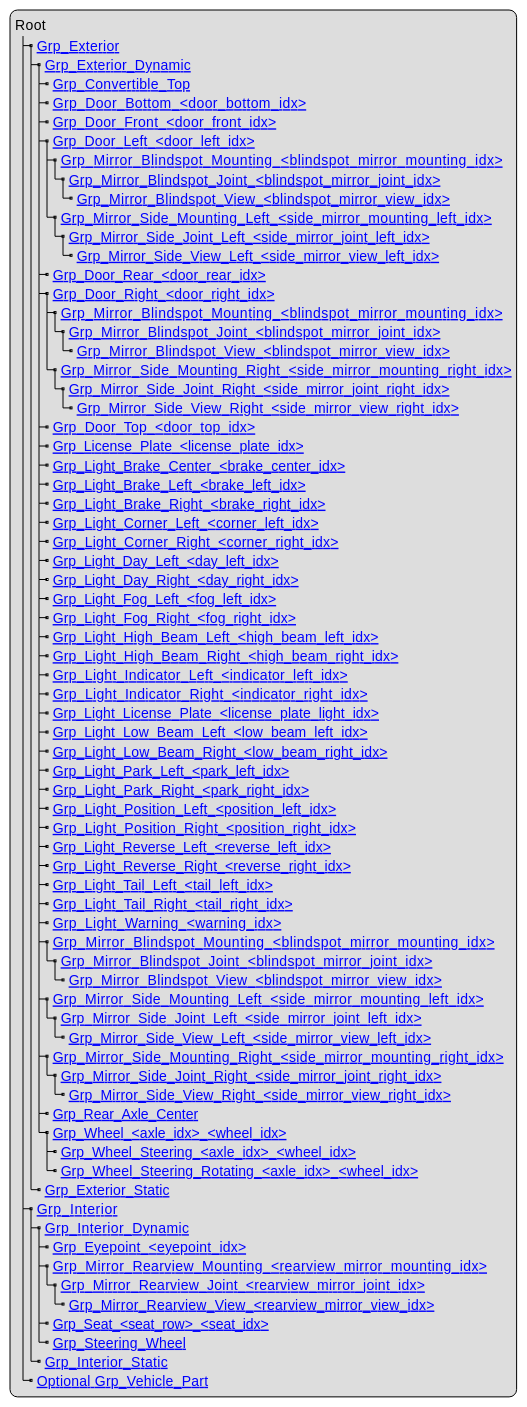
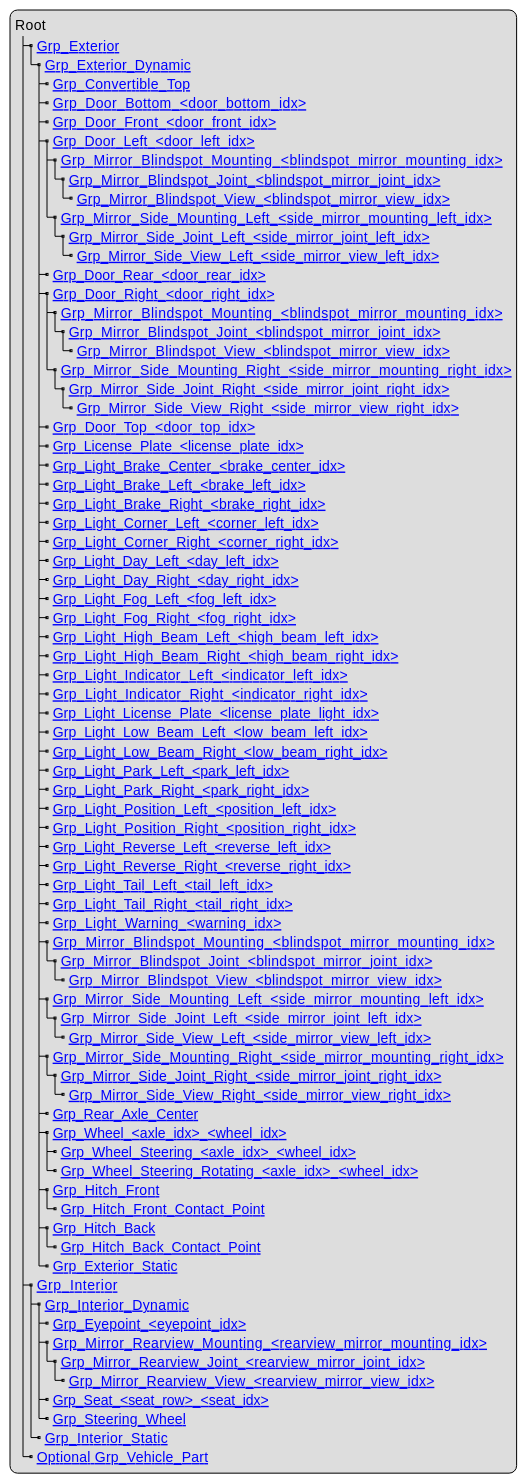
Before and after one commit to asam-ev/OpenMATERIAL: the diagram in content/geometry/object-vehicle/vehicle-structure.adoc, drawn with PlantUML. The commit also changed other lines of this file, not shown here.

```diff
--- a/content/geometry/object-vehicle/vehicle-structure.adoc
+++ b/content/geometry/object-vehicle/vehicle-structure.adoc
@@ -9,77 +9,81 @@
 [plantuml]
 ----
 legend
 Root
 |_ [[../geometry/object-classes.html#_grp_exterior Grp_Exterior]]
   |_ [[../geometry/object-classes.html#_grp_exterior_dynamic Grp_Exterior_Dynamic]]
     |_ [[../geometry/object-classes.html#_grp_convertible_top Grp_Convertible_Top]]
     |_ [[../geometry/object-classes.html#_grp_door_bottom_door_bottom_idx Grp_Door_Bottom_<door_bottom_idx>]]
     |_ [[../geometry/object-classes.html#_grp_door_front_door_front_idx Grp_Door_Front_<door_front_idx>]]
     |_ [[../geometry/object-classes.html#_grp_door_left_door_left_idx Grp_Door_Left_<door_left_idx>]]
       |_ [[../geometry/object-classes.html#_grp_mirror_blindspot_mounting_blindspot_mirror_mounting_idx Grp_Mirror_Blindspot_Mounting_<blindspot_mirror_mounting_idx>]]
         |_ [[../geometry/object-classes.html#_grp_mirror_blindspot_joint_blindspot_mirror_joint_idx Grp_Mirror_Blindspot_Joint_<blindspot_mirror_joint_idx>]]
           |_ [[../geometry/object-classes.html#_grp_mirror_blindspot_view_blindspot_mirror_view_idx Grp_Mirror_Blindspot_View_<blindspot_mirror_view_idx>]]
       |_ [[../geometry/object-classes.html#_grp_mirror_side_mounting_left_side_mirror_mounting_left_idx Grp_Mirror_Side_Mounting_Left_<side_mirror_mounting_left_idx>]]
         |_ [[../geometry/object-classes.html#_grp_mirror_side_joint_left_side_mirror_joint_left_idx Grp_Mirror_Side_Joint_Left_<side_mirror_joint_left_idx> ]]
           |_ [[../geometry/object-classes.html#_grp_mirror_side_view_left_side_mirror_view_left_idx Grp_Mirror_Side_View_Left_<side_mirror_view_left_idx> ]]
     |_ [[../geometry/object-classes.html#_grp_door_rear_door_rear_idx Grp_Door_Rear_<door_rear_idx>]]
     |_ [[../geometry/object-classes.html#_grp_door_right_door_right_idx Grp_Door_Right_<door_right_idx>]]
       |_ [[../geometry/object-classes.html#_grp_mirror_blindspot_mounting_blindspot_mirror_mounting_idx Grp_Mirror_Blindspot_Mounting_<blindspot_mirror_mounting_idx>]]
         |_ [[../geometry/object-classes.html#_grp_mirror_blindspot_joint_blindspot_mirror_joint_idx Grp_Mirror_Blindspot_Joint_<blindspot_mirror_joint_idx>]]
           |_ [[../geometry/object-classes.html#_grp_mirror_blindspot_view_blindspot_mirror_view_idx Grp_Mirror_Blindspot_View_<blindspot_mirror_view_idx>]]
       |_ [[../geometry/object-classes.html#_grp_mirror_side_mounting_right_side_mirror_mounting_right_idx Grp_Mirror_Side_Mounting_Right_<side_mirror_mounting_right_idx>]]
         |_ [[../geometry/object-classes.html#_grp_mirror_side_joint_right_side_mirror_joint_right_idx Grp_Mirror_Side_Joint_Right_<side_mirror_joint_right_idx> ]]
           |_ [[../geometry/object-classes.html#_grp_mirror_side_view_right_side_mirror_view_right_idx Grp_Mirror_Side_View_Right_<side_mirror_view_right_idx> ]]
     |_ [[../geometry/object-classes.html#_grp_door_top_door_top_idx Grp_Door_Top_<door_top_idx>]]
     |_ [[../geometry/object-classes.html#_grp_license_plate_license_plate_idx Grp_License_Plate_<license_plate_idx>]]
     |_ [[../geometry/object-classes.html#_grp_light_brake_center_brake_center_idx Grp_Light_Brake_Center_<brake_center_idx>]]
     |_ [[../geometry/object-classes.html#_grp_light_brake_left_brake_left_idx Grp_Light_Brake_Left_<brake_left_idx>]]
     |_ [[../geometry/object-classes.html#_grp_light_brake_right_brake_right_idx Grp_Light_Brake_Right_<brake_right_idx>]]
     |_ [[../geometry/object-classes.html#_grp_light_corner_left_corner_left_idx Grp_Light_Corner_Left_<corner_left_idx>]]
     |_ [[../geometry/object-classes.html#_grp_light_corner_right_corner_right_idx Grp_Light_Corner_Right_<corner_right_idx>]]
     |_ [[../geometry/object-classes.html#_grp_light_day_left_day_left_idx Grp_Light_Day_Left_<day_left_idx>]]
     |_ [[../geometry/object-classes.html#_grp_light_day_right_day_right_idx Grp_Light_Day_Right_<day_right_idx>]]
     |_ [[../geometry/object-classes.html#_grp_light_fog_left_fog_left_idx Grp_Light_Fog_Left_<fog_left_idx>]]
     |_ [[../geometry/object-classes.html#_grp_light_fog_right_fog_right_idx Grp_Light_Fog_Right_<fog_right_idx>]]
     |_ [[../geometry/object-classes.html#_grp_light_high_beam_left_high_beam_left_idx Grp_Light_High_Beam_Left_<high_beam_left_idx>]]
     |_ [[../geometry/object-classes.html#_grp_light_high_beam_right_high_beam_right_idx Grp_Light_High_Beam_Right_<high_beam_right_idx>]]
     |_ [[../geometry/object-classes.html#_grp_light_indicator_left_indicator_left_idx Grp_Light_Indicator_Left_<indicator_left_idx>]]
     |_ [[../geometry/object-classes.html#_grp_light_indicator_right_indicator_right_idx Grp_Light_Indicator_Right_<indicator_right_idx>]]
     |_ [[../geometry/object-classes.html#_grp_light_license_plate_license_plate_light_idx Grp_Light_License_Plate_<license_plate_light_idx>]]
     |_ [[../geometry/object-classes.html#_grp_light_low_beam_left_low_beam_left_idx Grp_Light_Low_Beam_Left_<low_beam_left_idx>]]
     |_ [[../geometry/object-classes.html#_grp_light_low_beam_right_low_beam_right_idx Grp_Light_Low_Beam_Right_<low_beam_right_idx>]]
     |_ [[../geometry/object-classes.html#_grp_light_park_left_park_left_idx Grp_Light_Park_Left_<park_left_idx>]]
     |_ [[../geometry/object-classes.html#_grp_light_park_right_park_right_idx Grp_Light_Park_Right_<park_right_idx> ]]
     |_ [[../geometry/object-classes.html#_grp_light_position_left_position_left_idx Grp_Light_Position_Left_<position_left_idx>]]
     |_ [[../geometry/object-classes.html#_grp_light_position_right_position_right_idx Grp_Light_Position_Right_<position_right_idx>]]
     |_ [[../geometry/object-classes.html#_grp_light_reverse_left_reverse_left_idx Grp_Light_Reverse_Left_<reverse_left_idx>]]
     |_ [[../geometry/object-classes.html#_grp_light_reverse_right_reverse_right_idx Grp_Light_Reverse_Right_<reverse_right_idx>]]
     |_ [[../geometry/object-classes.html#_grp_light_tail_left_tail_left_idx Grp_Light_Tail_Left_<tail_left_idx>]]
     |_ [[../geometry/object-classes.html#_grp_light_tail_right_tail_right_idx Grp_Light_Tail_Right_<tail_right_idx>]]
     |_ [[../geometry/object-classes.html#_grp_light_warning_warning_idx Grp_Light_Warning_<warning_idx>]]
     |_ [[../geometry/object-classes.html#_grp_mirror_blindspot_mounting_blindspot_mirror_mounting_idx Grp_Mirror_Blindspot_Mounting_<blindspot_mirror_mounting_idx>]]
       |_ [[../geometry/object-classes.html#_grp_mirror_blindspot_joint_blindspot_mirror_joint_idx Grp_Mirror_Blindspot_Joint_<blindspot_mirror_joint_idx>]]
         |_ [[../geometry/object-classes.html#_grp_mirror_blindspot_view_blindspot_mirror_view_idx Grp_Mirror_Blindspot_View_<blindspot_mirror_view_idx>]]
     |_ [[../geometry/object-classes.html#_grp_mirror_side_mounting_left_side_mirror_mounting_left_idx Grp_Mirror_Side_Mounting_Left_<side_mirror_mounting_left_idx>]]
       |_ [[../geometry/object-classes.html#_grp_mirror_side_joint_left_side_mirror_joint_left_idx Grp_Mirror_Side_Joint_Left_<side_mirror_joint_left_idx> ]]
         |_ [[../geometry/object-classes.html#_grp_mirror_side_view_left_side_mirror_view_left_idx Grp_Mirror_Side_View_Left_<side_mirror_view_left_idx> ]]
     |_ [[../geometry/object-classes.html#_grp_mirror_side_mounting_right_side_mirror_mounting_right_idx Grp_Mirror_Side_Mounting_Right_<side_mirror_mounting_right_idx>]]
       |_ [[../geometry/object-classes.html#_grp_mirror_side_joint_right_side_mirror_joint_right_idx Grp_Mirror_Side_Joint_Right_<side_mirror_joint_right_idx> ]]
         |_ [[../geometry/object-classes.html#_grp_mirror_side_view_right_side_mirror_view_right_idx Grp_Mirror_Side_View_Right_<side_mirror_view_right_idx> ]]
     |_ [[../geometry/object-classes.html#_grp_rear_axle_center Grp_Rear_Axle_Center]]
     |_ [[../geometry/object-classes.html#_grp_wheel_axle_idx_wheel_idx Grp_Wheel_<axle_idx>_<wheel_idx>]]
       |_ [[../geometry/object-classes.html#_grp_wheel_steering_axle_idx_wheel_idx Grp_Wheel_Steering_<axle_idx>_<wheel_idx>]]
       |_ [[../geometry/object-classes.html#_grp_wheel_steering_rotating_axle_idx_wheel_idx Grp_Wheel_Steering_Rotating_<axle_idx>_<wheel_idx>]]
-  |_ [[../geometry/object-classes.html#_grp_exterior_static Grp_Exterior_Static]]
+    |_ [[../geometry/object-classes.html#_grp_hitch_front Grp_Hitch_Front]]
+      |_ [[../geometry/object-classes.html#_grp_hitch_front_contact_point Grp_Hitch_Front_Contact_Point]]
+    |_ [[../geometry/object-classes.html#_grp_hitch_back Grp_Hitch_Back]]
+      |_ [[../geometry/object-classes.html#_grp_hitch_back_contact_point Grp_Hitch_Back_Contact_Point]]
+    |_ [[../geometry/object-classes.html#_grp_exterior_static Grp_Exterior_Static]]  
 |_ [[../geometry/object-classes.html#_grp_interior Grp_Interior]]
   |_ [[../geometry/object-classes.html#_grp_interior_dynamic Grp_Interior_Dynamic]]
     |_ [[../geometry/object-classes.html#_grp_eyepoint_eyepoint_idx Grp_Eyepoint_<eyepoint_idx>]]
     |_ [[../geometry/object-classes.html#_grp_mirror_rearview_mounting_rearview_mirror_mounting_idx Grp_Mirror_Rearview_Mounting_<rearview_mirror_mounting_idx>]]
       |_ [[../geometry/object-classes.html#_grp_mirror_rearview_joint_rearview_mirror_joint_idx Grp_Mirror_Rearview_Joint_<rearview_mirror_joint_idx>]]
         |_ [[../geometry/object-classes.html#_grp_mirror_rearview_view_rearview_mirror_view_idx Grp_Mirror_Rearview_View_<rearview_mirror_view_idx>]]
     |_ [[../geometry/object-classes.html#_grp_seat_seat_row_seat_idx Grp_Seat_<seat_row>_<seat_idx>]]
     |_ [[../geometry/object-classes.html#_grp_steering_wheel Grp_Steering_Wheel]]
   |_ [[../geometry/object-classes.html#_grp_interior_static Grp_Interior_Static]]
 |_ [[../geometry/object-classes.html#_grp_vehicle_part Optional Grp_Vehicle_Part]]
 end legend
 ----
```
